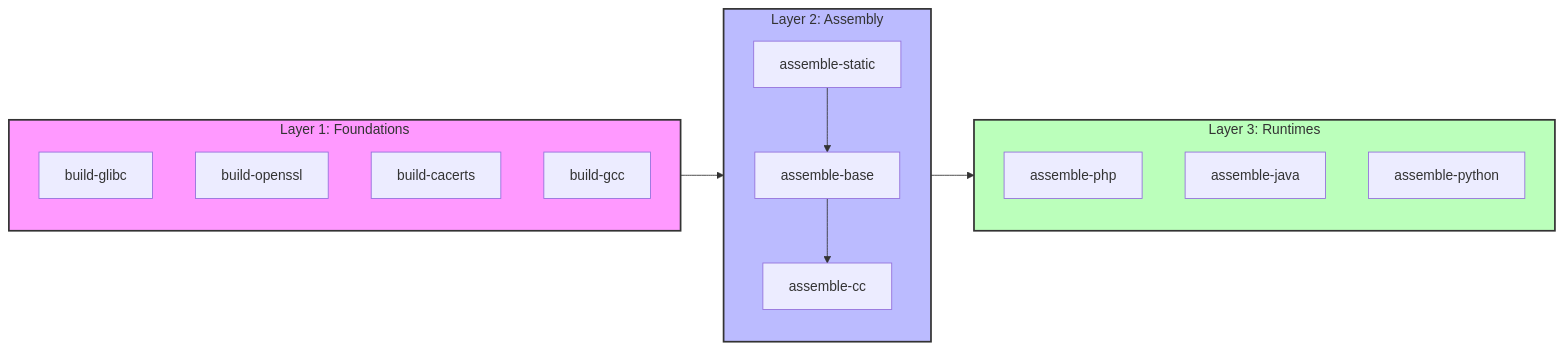
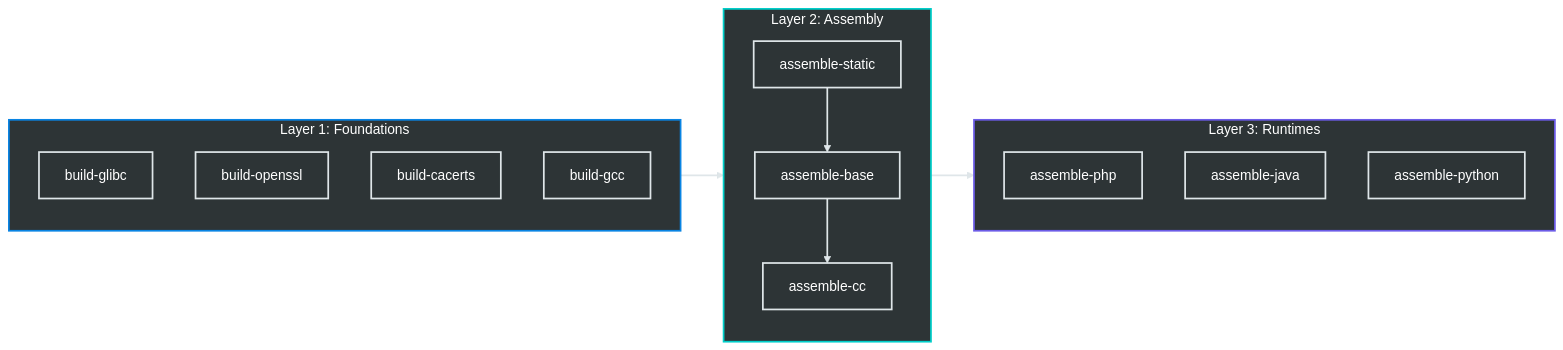
Before and after one commit to mbuccarello/distroless-the-hard-way: the diagram in docs/mermaid/orchestration.mmd, drawn with Mermaid. The commit also changed 3 other files, not shown here.

Commit message:
docs: apply modern dark-mode compatible theme to mermaid diagrams

```diff
--- a/docs/mermaid/orchestration.mmd
+++ b/docs/mermaid/orchestration.mmd
@@ -1,31 +1,37 @@
 graph LR
+    %% Custom Styling
+    classDef default fill:#2d3436,stroke:#dfe6e9,stroke-width:2px,color:#fff;
+    
     subgraph L1 [Layer 1: Foundations]
         direction TB
         B1[build-glibc]
         B2[build-openssl]
         B3[build-cacerts]
         B4[build-gcc]
     end
 
     subgraph L2 [Layer 2: Assembly]
         direction TB
         A1[assemble-static]
         A2[assemble-base]
         A3[assemble-cc]
         A1 --> A2
         A2 --> A3
     end
 
     subgraph L3 [Layer 3: Runtimes]
         direction TB
         R1[assemble-php]
         R2[assemble-java]
         R3[assemble-python]
     end
 
     L1 --> L2
     L2 --> L3
     
-    style L1 fill:#f9f,stroke:#333,stroke-width:2px
-    style L2 fill:#bbf,stroke:#333,stroke-width:2px
-    style L3 fill:#bfb,stroke:#333,stroke-width:2px
+    %% Apply Styles
+    style L1 fill:#2d3436,stroke:#0984e3,stroke-width:2px,color:#fff
+    style L2 fill:#2d3436,stroke:#00cec9,stroke-width:2px,color:#fff
+    style L3 fill:#2d3436,stroke:#6c5ce7,stroke-width:2px,color:#fff
+    
+    linkStyle default stroke:#dfe6e9,stroke-width:2px;
```
